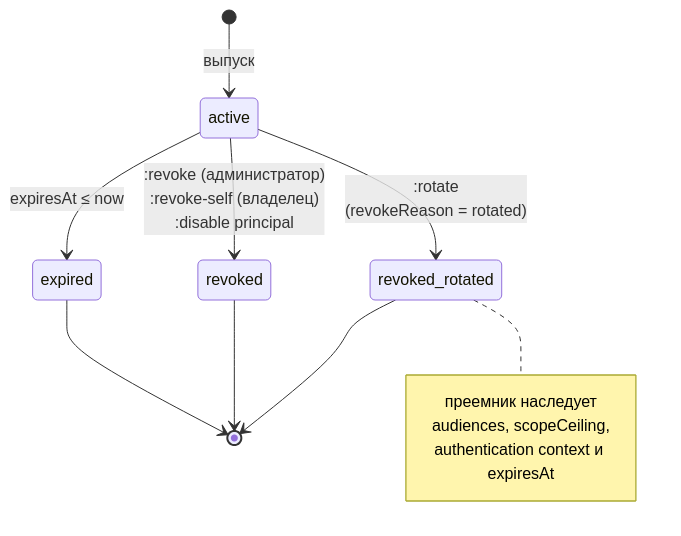
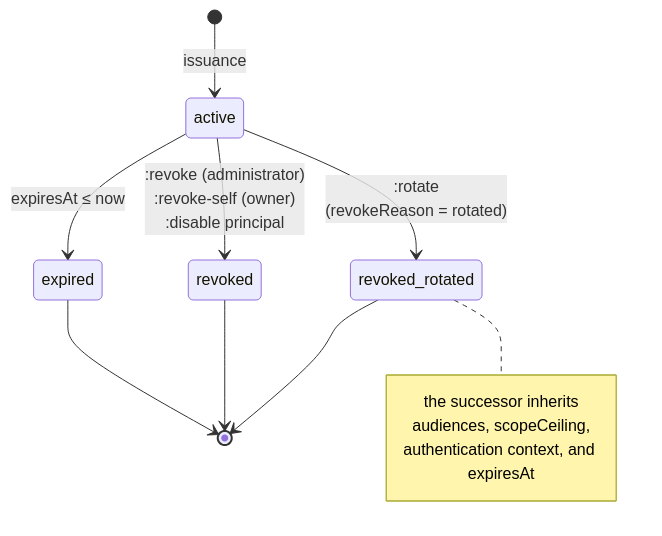
One commit to monthu56/taimen changed the second of 2 diagrams in guide/docs/iam/credentials.md. Above: the diagram before and after it, drawn with Mermaid. The commit also changed other lines of this file and 183 other files, not shown here.

````diff
--- a/guide/docs/iam/credentials.md
+++ b/guide/docs/iam/credentials.md
@@ -186,11 +190,11 @@
 ```mermaid
 stateDiagram-v2
-    [*] --> active: выпуск
-    active --> revoked: :revoke (администратор)<br/>:revoke-self (владелец)<br/>:disable principal
+    [*] --> active: issuance
+    active --> revoked: :revoke (administrator)<br/>:revoke-self (owner)<br/>:disable principal
     active --> revoked_rotated: :rotate<br/>(revokeReason = rotated)
     revoked_rotated --> [*]
     active --> expired: expiresAt ≤ now
     revoked --> [*]
     expired --> [*]
-    note right of revoked_rotated: преемник наследует<br/>audiences, scopeCeiling,<br/>authentication context и expiresAt
+    note right of revoked_rotated: the successor inherits<br/>audiences, scopeCeiling,<br/>authentication context, and expiresAt
 ```
````
